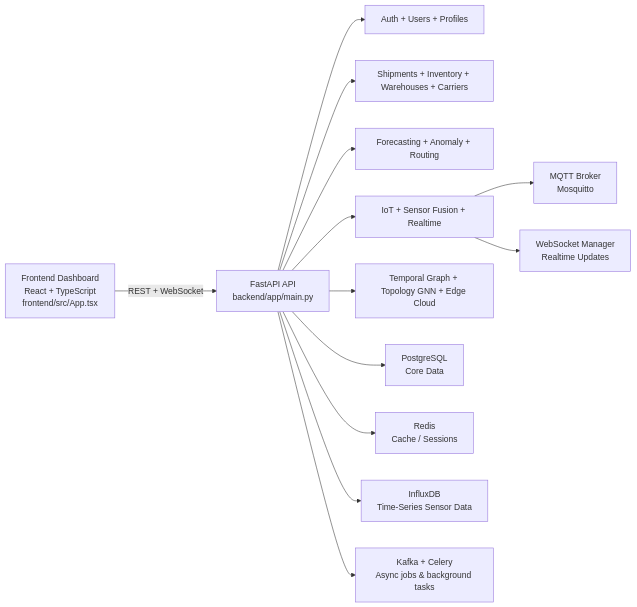
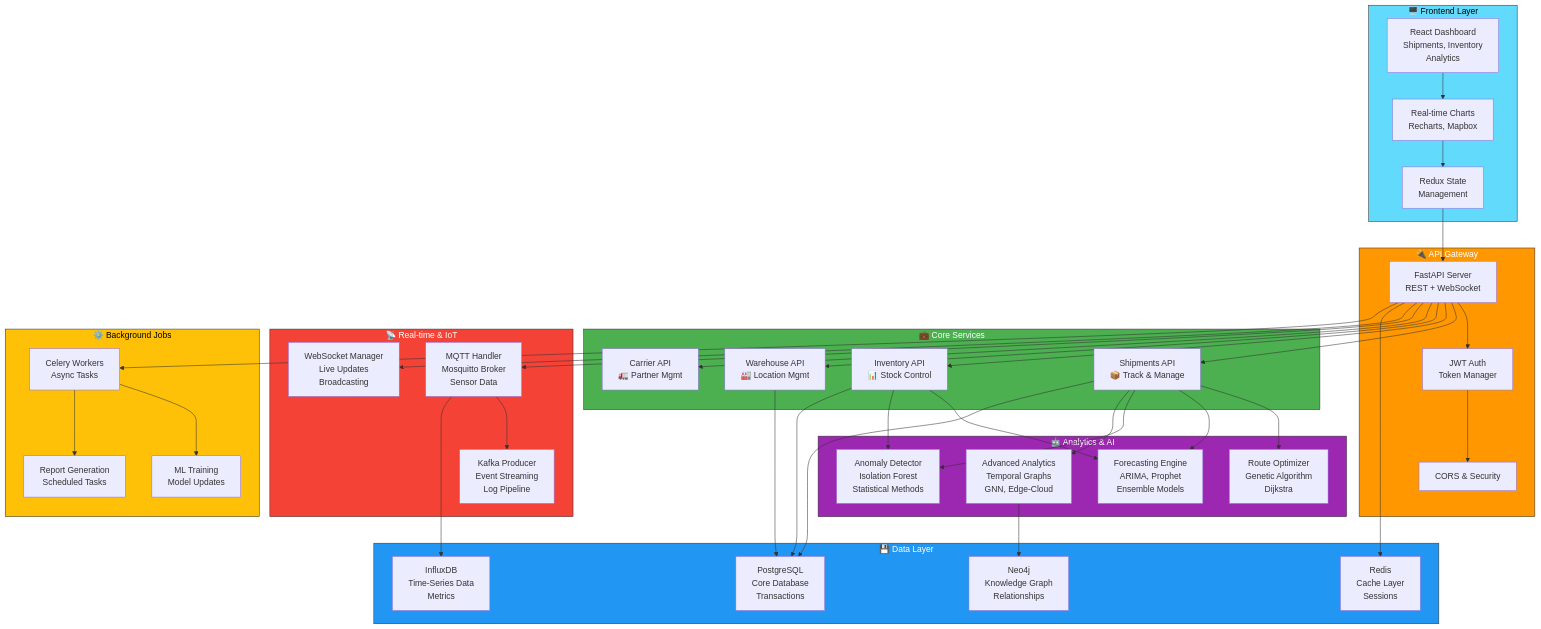
One commit to Jasmine0987/supply-chain changed the diagram in README.md. Above: the diagram before and after it, drawn with Mermaid. The commit also changed other lines of this file, not shown here.

Commit message:
docs: redesign README with hero section, interactive architecture, and business modules

````diff
--- a/README.md
+++ b/README.md
@@ -69,25 +70,79 @@
 ```mermaid
-flowchart LR
-    A["Frontend Dashboard\nReact + TypeScript\nfrontend/src/App.tsx"] -->|REST + WebSocket| B["FastAPI API\nbackend/app/main.py"]
-    B --> C["Auth + Users + Profiles"]
-    B --> D["Shipments + Inventory + Warehouses + Carriers"]
-    B --> E["Forecasting + Anomaly + Routing"]
-    B --> F["IoT + Sensor Fusion + Realtime"]
-    B --> G["Temporal Graph + Topology GNN + Edge Cloud"]
-
-    F --> H["MQTT Broker\nMosquitto"]
-    F --> I["WebSocket Manager\nRealtime Updates"]
-    B --> J["PostgreSQL\nCore Data"]
-    B --> K["Redis\nCache / Sessions"]
-    B --> L["InfluxDB\nTime-Series Sensor Data"]
-    B --> M["Kafka + Celery\nAsync jobs & background tasks"]
-
-    click A "https://github.com/Jasmine0987/supply-chain/blob/main/frontend/src/App.tsx" "Open frontend entrypoint"
-    click B "https://github.com/Jasmine0987/supply-chain/blob/main/backend/app/main.py" "Open backend entrypoint"
-    click D "https://github.com/Jasmine0987/supply-chain/tree/main/backend/app/api/v1" "Open API handlers"
-    click E "https://github.com/Jasmine0987/supply-chain/tree/main/backend/app/services/ml" "Open ML services"
-    click F "https://github.com/Jasmine0987/supply-chain/tree/main/backend/app/services/iot" "Open IoT services"
-    click G "https://github.com/Jasmine0987/supply-chain/tree/main/backend/app/services/ml/patentable" "Open advanced analytics modules"
-    click J "https://github.com/Jasmine0987/supply-chain/blob/main/docker-compose.yml" "Open infrastructure config"
-    click README "https://github.com/Jasmine0987/supply-chain/blob/main/README.md" "Open project README"
+graph TB
+    subgraph Client["🖥️ Frontend Layer"]
+        A1["React Dashboard<br/>Shipments, Inventory<br/>Analytics"] 
+        A2["Real-time Charts<br/>Recharts, Mapbox"]
+        A3["Redux State<br/>Management"]
+    end
+    
+    subgraph API["🔌 API Gateway"]
+        B1["FastAPI Server<br/>REST + WebSocket"]
+        B2["JWT Auth<br/>Token Manager"]
+        B3["CORS & Security"]
+    end
+    
+    subgraph Core["💼 Core Services"]
+        C1["Shipments API<br/>📦 Track & Manage"]
+        C2["Inventory API<br/>📊 Stock Control"]
+        C3["Warehouse API<br/>🏭 Location Mgmt"]
+        C4["Carrier API<br/>🚛 Partner Mgmt"]
+    end
+    
+    subgraph Analytics["🤖 Analytics & AI"]
+        D1["Route Optimizer<br/>Genetic Algorithm<br/>Dijkstra"]
+        D2["Forecasting Engine<br/>ARIMA, Prophet<br/>Ensemble Models"]
+        D3["Anomaly Detector<br/>Isolation Forest<br/>Statistical Methods"]
+        D4["Advanced Analytics<br/>Temporal Graphs<br/>GNN, Edge-Cloud"]
+    end
+    
+    subgraph Realtime["📡 Real-time & IoT"]
+        E1["MQTT Handler<br/>Mosquitto Broker<br/>Sensor Data"]
+        E2["WebSocket Manager<br/>Live Updates<br/>Broadcasting"]
+        E3["Kafka Producer<br/>Event Streaming<br/>Log Pipeline"]
+    end
+    
+    subgraph Data["💾 Data Layer"]
+        F1["PostgreSQL<br/>Core Database<br/>Transactions"]
+        F2["Redis<br/>Cache Layer<br/>Sessions"]
+        F3["InfluxDB<br/>Time-Series Data<br/>Metrics"]
+        F4["Neo4j<br/>Knowledge Graph<br/>Relationships"]
+    end
+    
+    subgraph Jobs["⚙️ Background Jobs"]
+        G1["Celery Workers<br/>Async Tasks"]
+        G2["ML Training<br/>Model Updates"]
+        G3["Report Generation<br/>Scheduled Tasks"]
+    end
+    
+    A1 --> A2 --> A3 --> B1
+    B1 --> B2 --> B3
+    B1 --> C1 & C2 & C3 & C4
+    C1 --> D1 & D2 & D3 & D4
+    C2 --> D2 & D3
+    B1 --> E1 & E2
+    E1 --> E3
+    C1 & C2 & C3 --> F1
+    B1 --> F2
+    E1 --> F3
+    D4 --> F4
+    B1 --> G1 --> G2 & G3
+    
+    click A1 "https://github.com/Jasmine0987/supply-chain/blob/main/frontend/src/App.tsx"
+    click B1 "https://github.com/Jasmine0987/supply-chain/blob/main/backend/app/main.py"
+    click C1 "https://github.com/Jasmine0987/supply-chain/blob/main/backend/app/api/v1/shipments.py"
+    click C2 "https://github.com/Jasmine0987/supply-chain/blob/main/backend/app/api/v1/inventory.py"
+    click D1 "https://github.com/Jasmine0987/supply-chain/blob/main/backend/app/services/ml/routing"
+    click D2 "https://github.com/Jasmine0987/supply-chain/blob/main/backend/app/services/ml/forecasting"
+    click D3 "https://github.com/Jasmine0987/supply-chain/blob/main/backend/app/services/ml/anomaly"
+    click D4 "https://github.com/Jasmine0987/supply-chain/blob/main/backend/app/services/ml/patentable"
+    click E1 "https://github.com/Jasmine0987/supply-chain/blob/main/backend/app/services/iot"
+    click F1 "https://github.com/Jasmine0987/supply-chain/blob/main/docker-compose.yml"
+    
+    style Client fill:#61dafb,stroke:#333,color:#000
+    style API fill:#ff9800,stroke:#333,color:#fff
+    style Core fill:#4caf50,stroke:#333,color:#fff
+    style Analytics fill:#9c27b0,stroke:#333,color:#fff
+    style Realtime fill:#f44336,stroke:#333,color:#fff
+    style Data fill:#2196f3,stroke:#333,color:#fff
+    style Jobs fill:#ffc107,stroke:#333,color:#000
 ```
````
